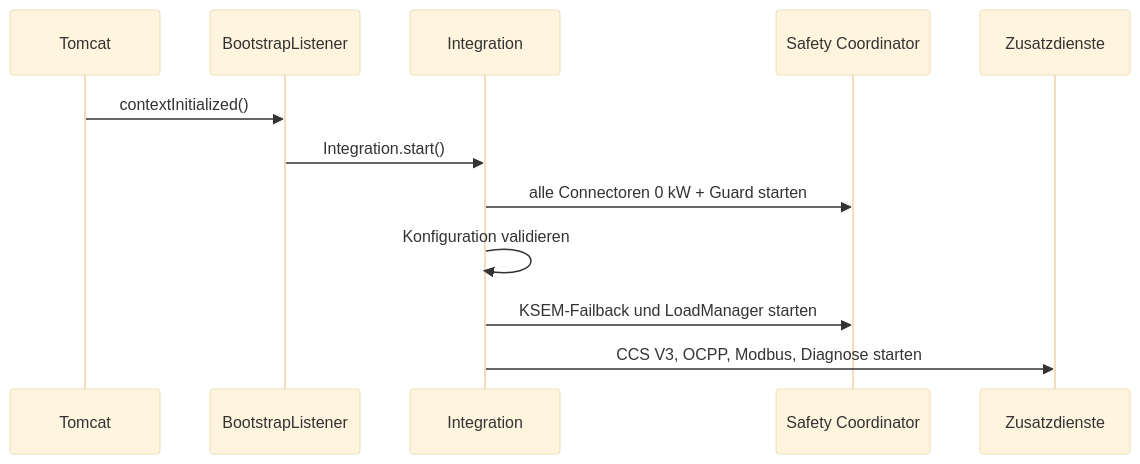
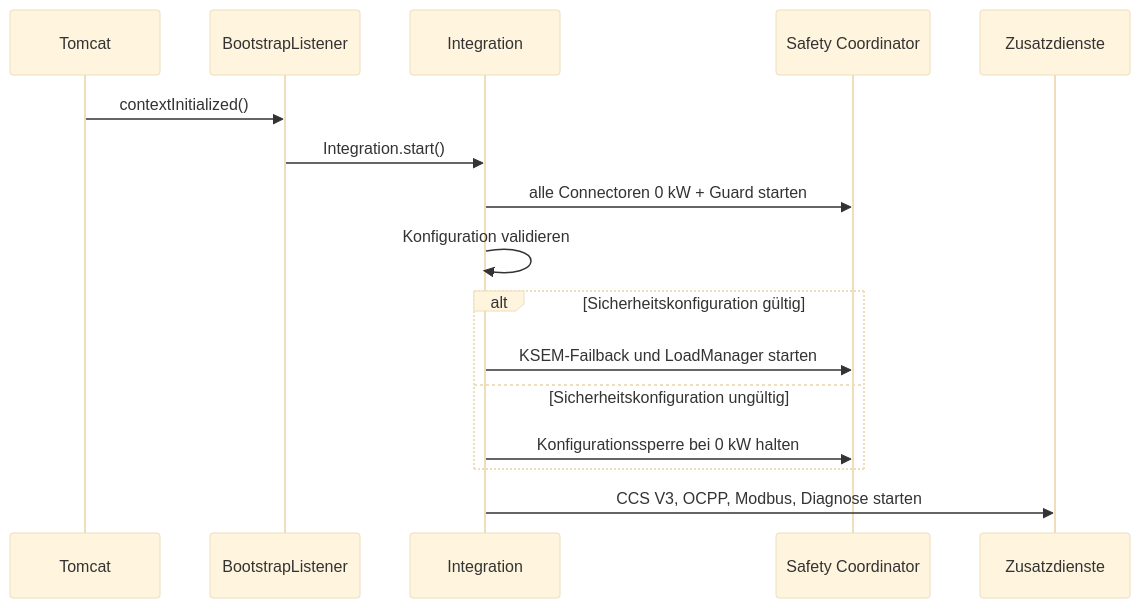
The diagram in wiki/Native-Integration.md (BugUser0815/QC45), drawn with Mermaid (base theme) before and after one commit. The commit also changed other lines of this file and 15 other files, not shown here.

````diff
--- a/wiki/Native-Integration.md
+++ b/wiki/Native-Integration.md
@@ -17,15 +17,19 @@
 ```mermaid
 sequenceDiagram
   participant T as Tomcat
   participant B as BootstrapListener
   participant I as Integration
   participant S as Safety Coordinator
   participant X as Zusatzdienste
 
   T->>B: contextInitialized()
   B->>I: Integration.start()
   I->>S: alle Connectoren 0 kW + Guard starten
   I->>I: Konfiguration validieren
-  I->>S: KSEM-Failback und LoadManager starten
+  alt Sicherheitskonfiguration gültig
+    I->>S: KSEM-Failback und LoadManager starten
+  else Sicherheitskonfiguration ungültig
+    I->>S: Konfigurationssperre bei 0 kW halten
+  end
   I->>X: CCS V3, OCPP, Modbus, Diagnose starten
 ```
````
